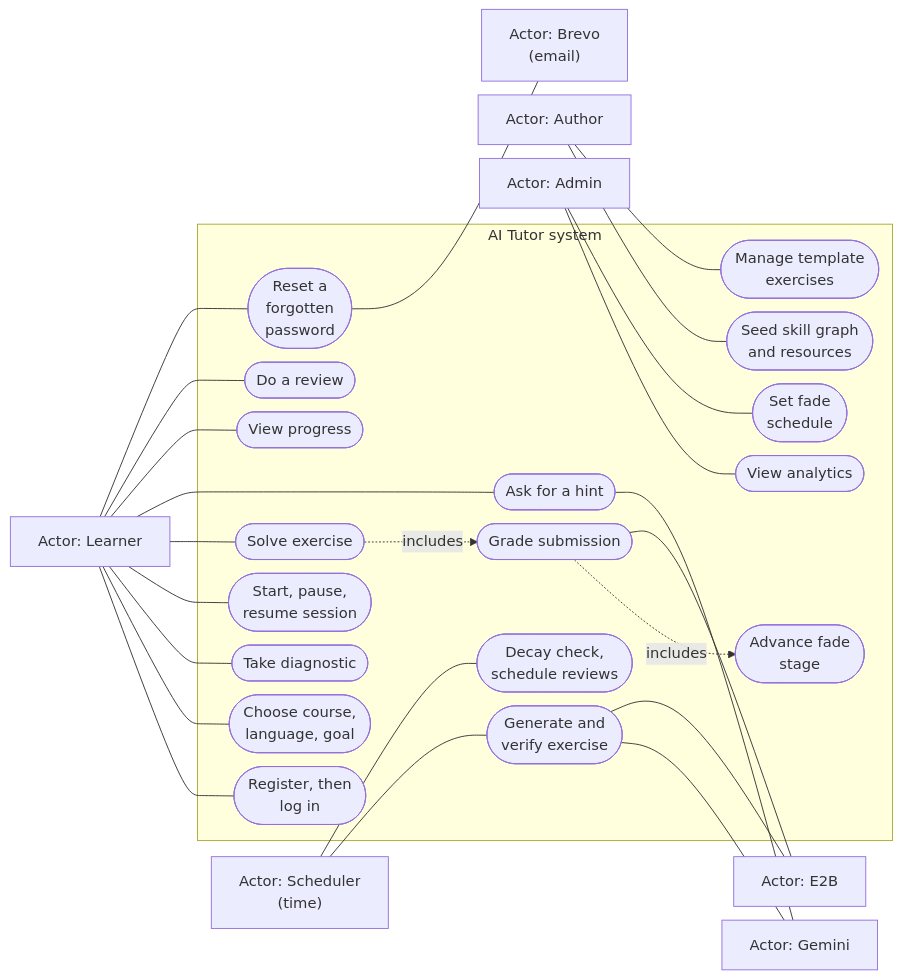
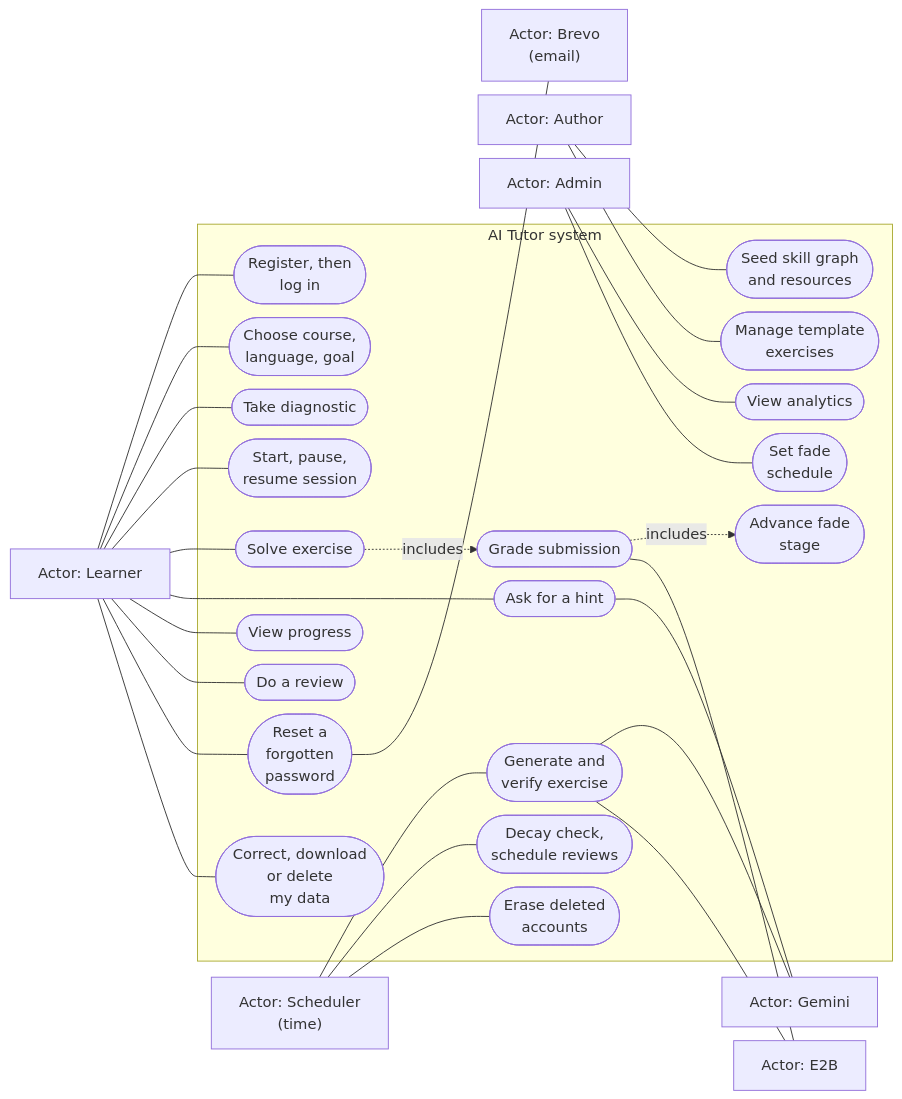
Before and after one commit to Nidanos/ai-tutor-platform: the third of 24 diagrams in DOCS/phase-3/MP3-Draft-Report.md, drawn with Mermaid. The commit also changed other lines of this file and 1 other file, not shown here.

Commit message:
docs: update the phase 3 report for data rights, skill details, the legal pages and the client-IP fix

````diff
--- a/DOCS/phase-3/MP3-Draft-Report.md
+++ b/DOCS/phase-3/MP3-Draft-Report.md
@@ -420,46 +429,48 @@
 ```mermaid
 ---
 config:
   flowchart:
     nodeSpacing: 15
     rankSpacing: 30
 ---
 flowchart LR
   Learner["Actor: Learner"]
   Author["Actor: Author"]
   Admin["Actor: Admin"]
   Clock["Actor: Scheduler<br/>(time)"]
   subgraph SYS["AI Tutor system"]
     U1(["Register, then<br/>log in"])
     U2(["Choose course,<br/>language, goal"])
     U3(["Take diagnostic"])
     U4(["Start, pause,<br/>resume session"])
     U5(["Solve exercise"])
     U6(["Ask for a hint"])
     U7(["View progress"])
     U8(["Do a review"])
     U9(["Seed skill graph<br/>and resources"])
     U10(["Manage template<br/>exercises"])
     U11(["View analytics"])
     U12(["Set fade<br/>schedule"])
     U13(["Generate and<br/>verify exercise"])
     U14(["Grade submission"])
     U15(["Decay check,<br/>schedule reviews"])
     U16(["Advance fade<br/>stage"])
     U17(["Reset a<br/>forgotten<br/>password"])
+    U18(["Correct, download<br/>or delete<br/>my data"])
+    U19(["Erase deleted<br/>accounts"])
   end
   Gemini["Actor: Gemini"]
   E2B["Actor: E2B"]
   Brevo["Actor: Brevo<br/>(email)"]
-  Learner --- U1 & U2 & U3 & U4 & U5 & U6 & U7 & U8 & U17
+  Learner --- U1 & U2 & U3 & U4 & U5 & U6 & U7 & U8 & U17 & U18
   Author --- U9 & U10
   Admin --- U11 & U12
-  Clock --- U13 & U15
+  Clock --- U13 & U15 & U19
   U5 -. includes .-> U14
   U14 -. includes .-> U16
   U14 --- E2B
   U13 --- Gemini
   U13 --- E2B
   U6 --- Gemini
   U17 --- Brevo
 ```
````
